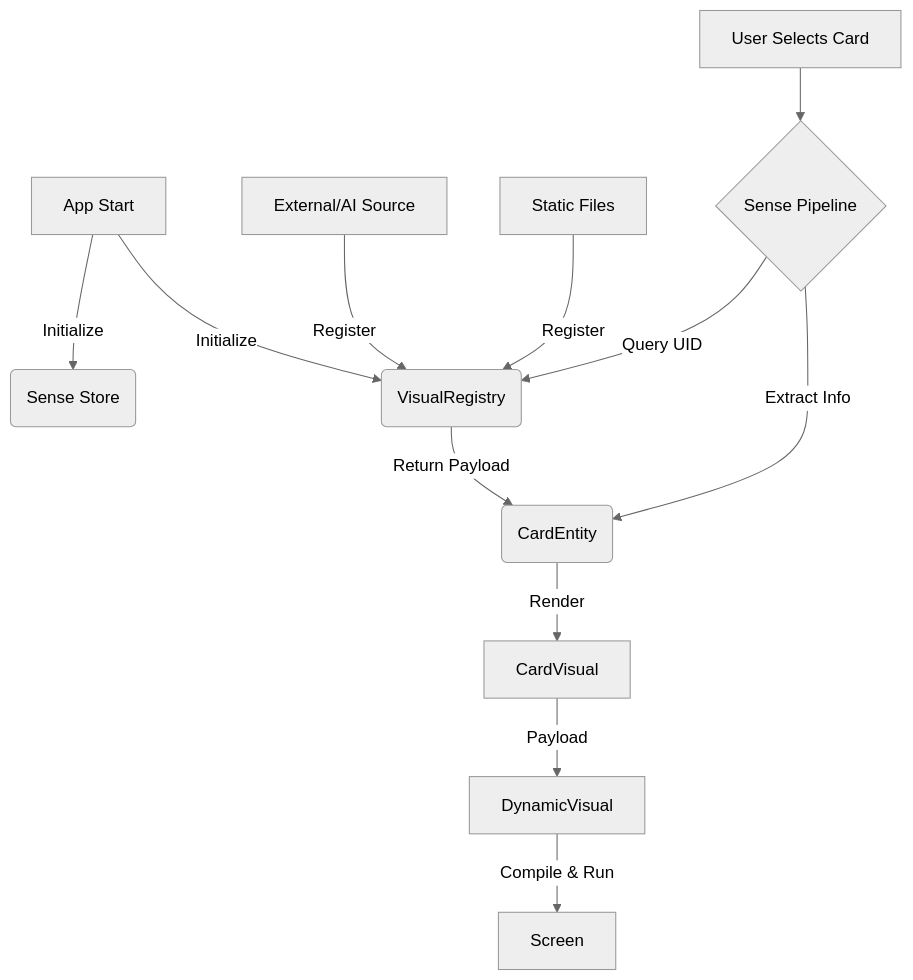
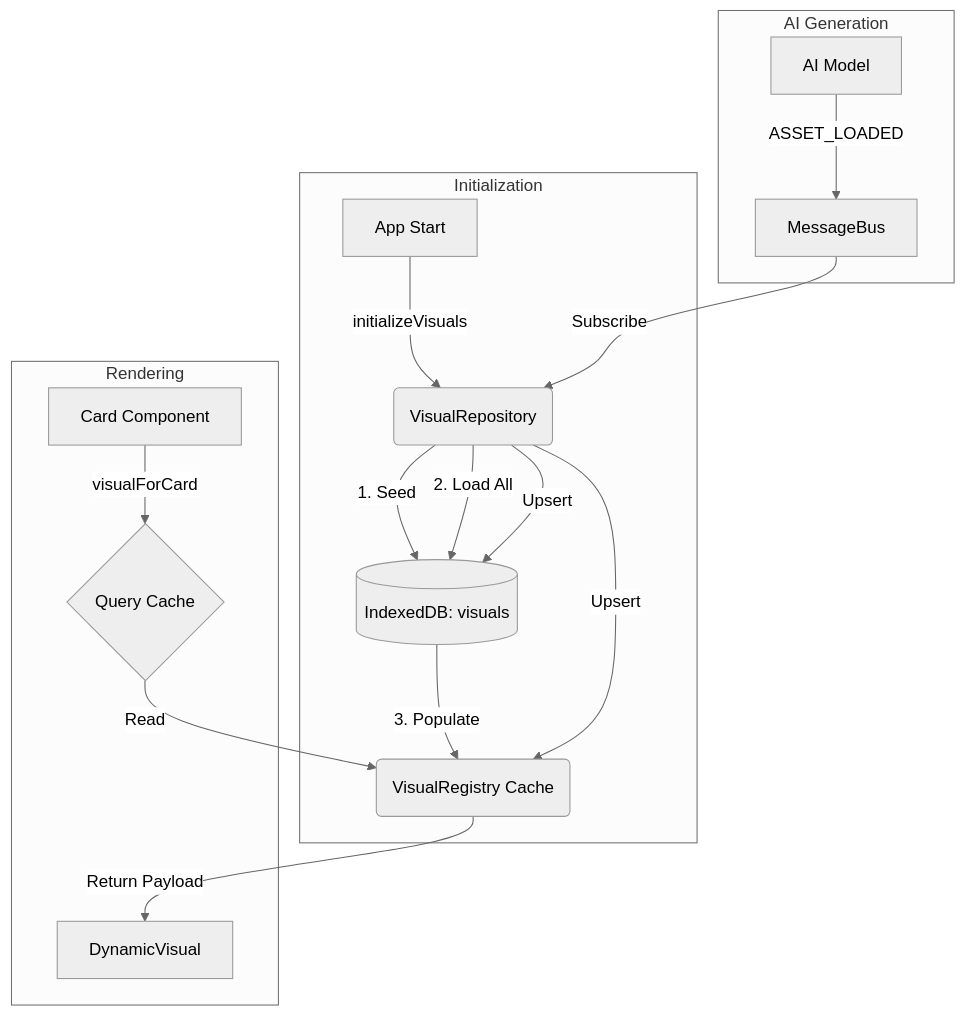
One commit to evangl2/lexicoin changed the diagram in context/visual-pipeline.md. Above: the diagram before and after it, drawn with Mermaid (neutral theme). The commit also changed other lines of this file and 20 other files, not shown here.

````diff
--- a/context/visual-pipeline.md
+++ b/context/visual-pipeline.md
@@ -59,17 +52,22 @@
 ```mermaid
 graph TD
-    A[App Start] -->|Initialize| B(VisualRegistry)
-    A -->|Initialize| C(Sense Store)
-    
-    D[External/AI Source] -->|Register| B
-    E[Static Files] -->|Register| B
-    
-    F[User Selects Card] --> G{Sense Pipeline}
-    G -->|Extract Info| H(CardEntity)
-    G -->|Query UID| B
-    B -->|Return Payload| H
-    
-    H -->|Render| I[CardVisual]
-    I -->|Payload| J[DynamicVisual]
-    J -->|Compile & Run| K[Screen]
+    subgraph Initialization
+    A[App Start] -->|initializeVisuals| B(VisualRepository)
+    B -->|1. Seed| C[(IndexedDB: visuals)]
+    B -->|2. Load All| C
+    C -->|3. Populate| D(VisualRegistry Cache)
+    end
+
+    subgraph AI Generation
+    E[AI Model] -->|ASSET_LOADED| F[MessageBus]
+    F -->|Subscribe| B
+    B -->|Upsert| C
+    B -->|Upsert| D
+    end
+
+    subgraph Rendering
+    G[Card Component] -->|visualForCard| H{Query Cache}
+    H -->|Read| D
+    D -->|Return Payload| I[DynamicVisual]
+    end
 ```
````
